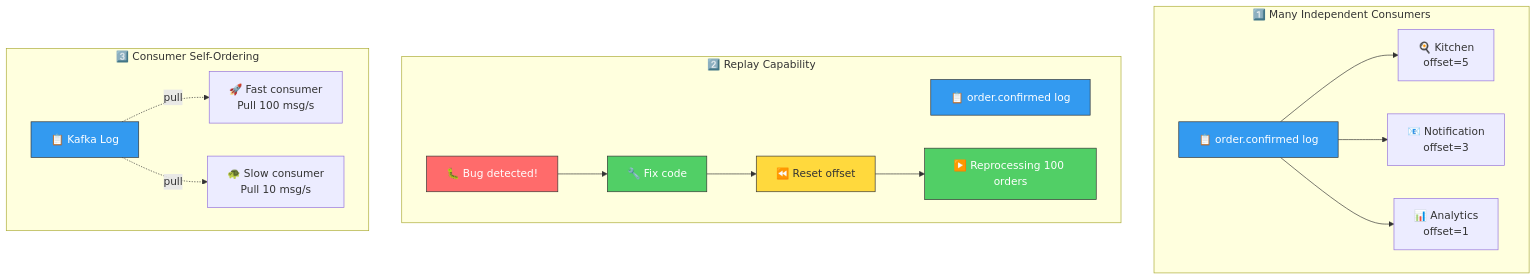
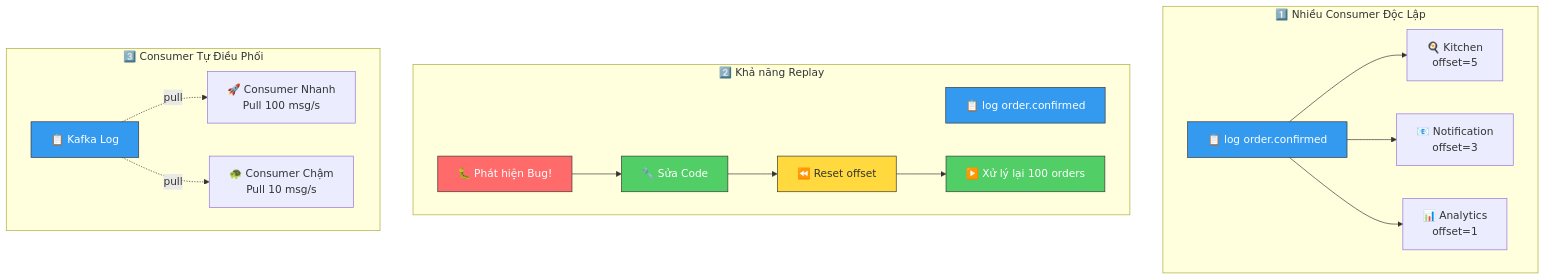
The sixth of 38 diagrams in docs/guides/kafka-qrtable.md (quan-vo-dinh/saas-pos-microservices-qrtable), drawn with Mermaid before and after one commit. The commit also changed other lines of this file and 62 other files, not shown here.

````diff
--- a/docs/guides/kafka-qrtable.md
+++ b/docs/guides/kafka-qrtable.md
@@ -233,37 +232,37 @@
 ```mermaid
 graph TB
-subgraph "1️⃣ Many Independent Consumers"
-        LOG1["📋 order.confirmed log"]
+subgraph "1️⃣ Nhiều Consumer Độc Lập"
+        LOG1["📋 log order.confirmed"]
         K1["🍳 Kitchen<br/>offset=5"]
         N1["📧 Notification<br/>offset=3"]
         A1["📊 Analytics<br/>offset=1"]
         LOG1 --> K1
         LOG1 --> N1
         LOG1 --> A1
     end
 
-    subgraph "2️⃣ Replay Capability"
-        LOG2["📋 order.confirmed log"]
-BUG["🐛 Bug detected!"]
-        FIX["🔧 Fix code"]
+    subgraph "2️⃣ Khả năng Replay"
+        LOG2["📋 log order.confirmed"]
+BUG["🐛 Phát hiện Bug!"]
+        FIX["🔧 Sửa Code"]
         RESET["⏪ Reset offset"]
-REPLAY["▶️ Reprocessing 100 orders"]
+REPLAY["▶️ Xử lý lại 100 orders"]
         BUG --> FIX --> RESET --> REPLAY
     end
 
-subgraph "3️⃣ Consumer Self-Ordering"
+subgraph "3️⃣ Consumer Tự Điều Phối"
         LOG3["📋 Kafka Log"]
-        FAST["🚀 Fast consumer<br/>Pull 100 msg/s"]
-        SLOW["🐢 Slow consumer<br/>Pull 10 msg/s"]
+        FAST["🚀 Consumer Nhanh<br/>Pull 100 msg/s"]
+        SLOW["🐢 Consumer Chậm<br/>Pull 10 msg/s"]
         LOG3 -.->|"pull"| FAST
         LOG3 -.->|"pull"| SLOW
     end
 
     style LOG1 fill:#339af0,stroke:#333,color:#fff
     style LOG2 fill:#339af0,stroke:#333,color:#fff
     style LOG3 fill:#339af0,stroke:#333,color:#fff
     style BUG fill:#ff6b6b,stroke:#333,color:#fff
     style FIX fill:#51cf66,stroke:#333,color:#fff
     style RESET fill:#ffd93d,stroke:#333,color:#333
     style REPLAY fill:#51cf66,stroke:#333,color:#fff
 ```
````
